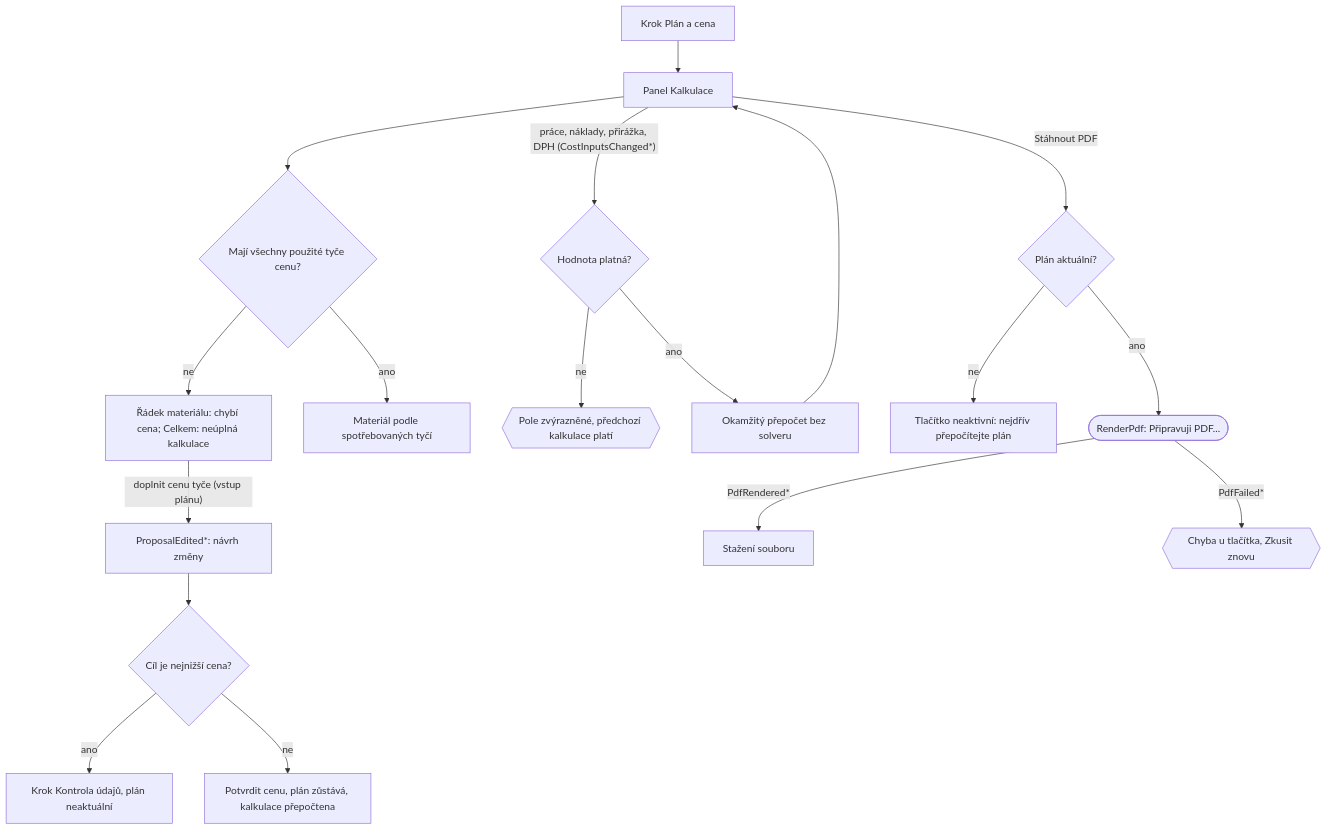
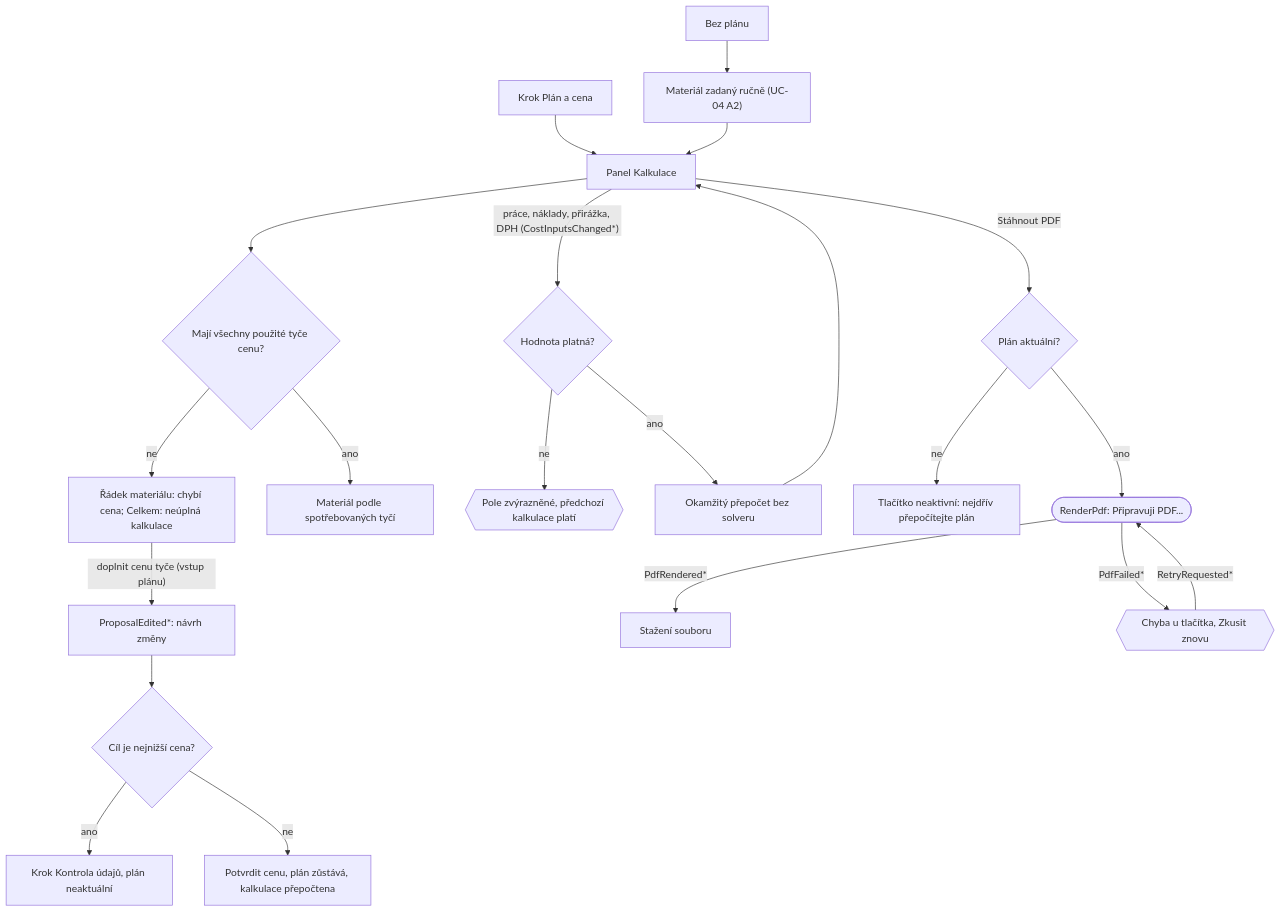
One commit to janvrzal/decision-engine changed the sixth of 11 diagrams in docs/service-design/03-user-flows.md. Above: the diagram before and after it, drawn with Mermaid. The commit also changed other lines of this file and 2 other files, not shown here.

````diff
--- a/docs/service-design/03-user-flows.md
+++ b/docs/service-design/03-user-flows.md
@@ -249,20 +252,23 @@
 ```mermaid
 flowchart TD
     P["Krok Plán a cena"] --> C["Panel Kalkulace"]
     C --> MP{"Mají všechny použité tyče cenu?"}
     MP -->|"ne"| MI["Řádek materiálu: chybí cena; Celkem: neúplná kalkulace"]
     MI -->|"doplnit cenu tyče (vstup plánu)"| PE["ProposalEdited*: návrh změny"]
     PE --> GOAL{"Cíl je nejnižší cena?"}
     GOAL -->|"ano"| K["Krok Kontrola údajů, plán neaktuální"]
     GOAL -->|"ne"| QC["Potvrdit cenu, plán zůstává, kalkulace přepočtena"]
     MP -->|"ano"| OK["Materiál podle spotřebovaných tyčí"]
     C -->|"práce, náklady, přirážka, DPH (CostInputsChanged*)"| V{"Hodnota platná?"}
     V -->|"ne"| VE{{"Pole zvýrazněné, předchozí kalkulace platí"}}
     V -->|"ano"| RC["Okamžitý přepočet bez solveru"]
     RC --> C
     C -->|"Stáhnout PDF"| PA{"Plán aktuální?"}
     PA -->|"ne"| PD["Tlačítko neaktivní: nejdřív přepočítejte plán"]
     PA -->|"ano"| PR(["RenderPdf: Připravuji PDF..."])
     PR -->|"PdfRendered*"| DL["Stažení souboru"]
     PR -->|"PdfFailed*"| PF{{"Chyba u tlačítka, Zkusit znovu"}}
+    PF -->|"RetryRequested*"| PR
+    NP["Bez plánu"] --> MM["Materiál zadaný ručně (UC-04 A2)"]
+    MM --> C
 ```
````
